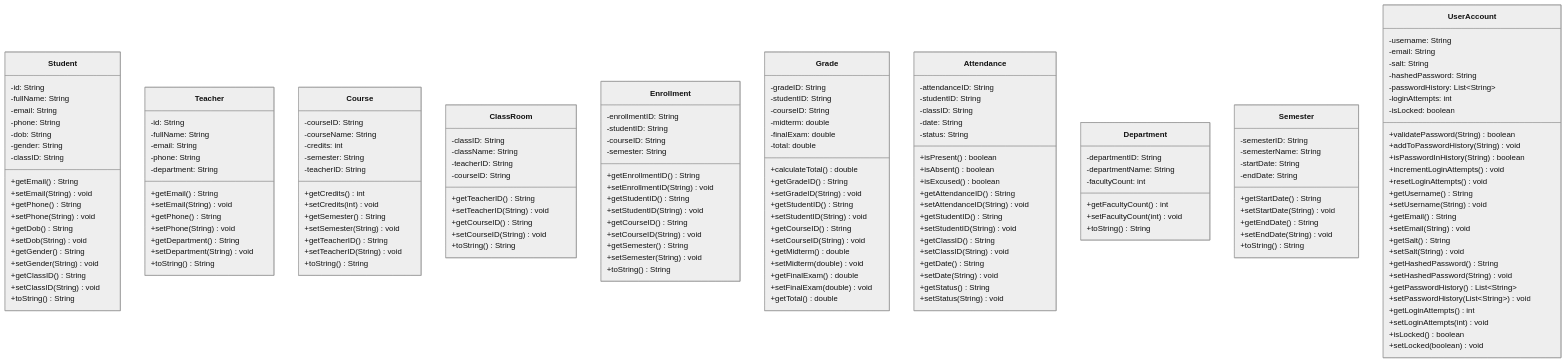
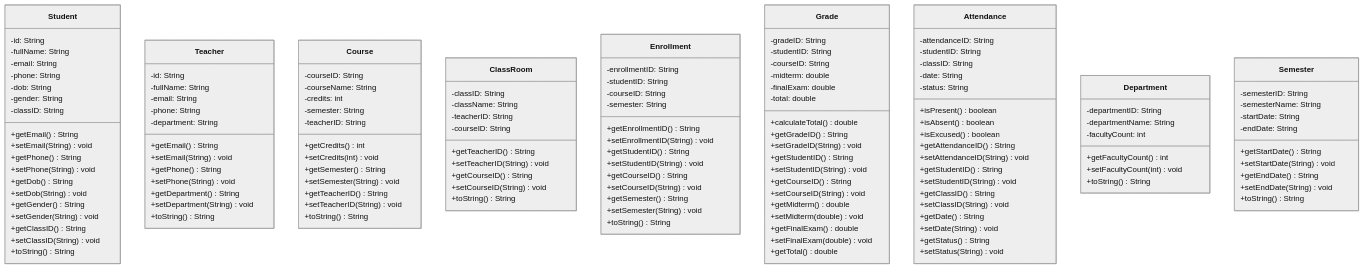
Before and after one commit to phucphuc2006/pro-192: the diagram in docs/ClassDiagrams/ClassDiagram.md, drawn with Mermaid (neutral theme). The commit also changed 54 other files, not shown here.

Commit message:
Complete project implementation based on class diagram, removed authentication, and populated 100 sample records per entity.

````diff
--- a/docs/ClassDiagrams/ClassDiagram.md
+++ b/docs/ClassDiagrams/ClassDiagram.md
@@ -150,32 +150,5 @@
         +toString() String
     }
 
-    class UserAccount {
-        -username: String
-        -email: String
-        -salt: String
-        -hashedPassword: String
-        -passwordHistory: List~String~
-        -loginAttempts: int
-        -isLocked: boolean
-        +validatePassword(String) boolean
-        +addToPasswordHistory(String) void
-        +isPasswordInHistory(String) boolean
-        +incrementLoginAttempts() void
-        +resetLoginAttempts() void
-        +getUsername() String
-        +setUsername(String) void
-        +getEmail() String
-        +setEmail(String) void
-        +getSalt() String
-        +setSalt(String) void
-        +getHashedPassword() String
-        +setHashedPassword(String) void
-        +getPasswordHistory() List~String~
-        +setPasswordHistory(List~String~) void
-        +getLoginAttempts() int
-        +setLoginAttempts(int) void
-        +isLocked() boolean
-        +setLocked(boolean) void
-    }
+   
 ```
````
